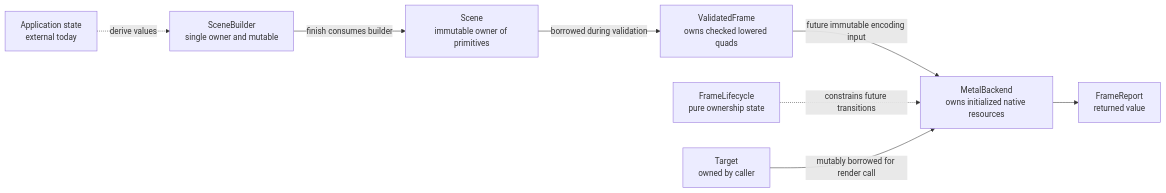
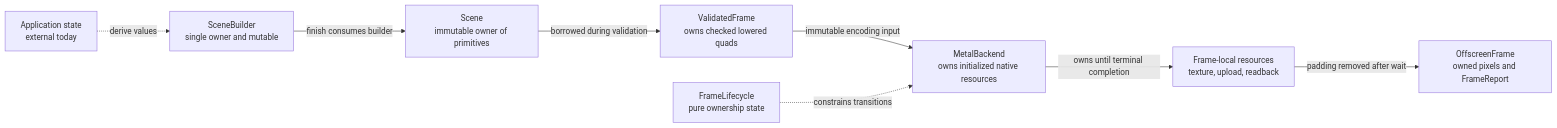
The second of 7 diagrams in ARCHITECTURE.md (dbuddha/alpine-gpui), drawn with Mermaid before and after one commit. The commit also changed other lines of this file and 12 other files, not shown here.

````diff
--- a/ARCHITECTURE.md
+++ b/ARCHITECTURE.md
@@ -78,19 +87,19 @@
 ```mermaid
 flowchart LR
     state["Application state<br/>external today"]
     builder["SceneBuilder<br/>single owner and mutable"]
     snapshot["Scene<br/>immutable owner of primitives"]
     plan["ValidatedFrame<br/>owns checked lowered quads"]
     lifecycle["FrameLifecycle<br/>pure ownership state"]
     renderer["MetalBackend<br/>owns initialized native resources"]
-    target["Target<br/>owned by caller"]
-    report["FrameReport<br/>returned value"]
+    resources["Frame-local resources<br/>texture, upload, readback"]
+    result["OffscreenFrame<br/>owned pixels and FrameReport"]
 
     state -. "derive values" .-> builder
     builder -->|"finish consumes builder"| snapshot
     snapshot -->|"borrowed during validation"| plan
-    plan -->|"future immutable encoding input"| renderer
-    lifecycle -. "constrains future transitions" .-> renderer
-    target -->|"mutably borrowed for render call"| renderer
-    renderer --> report
+    plan -->|"immutable encoding input"| renderer
+    lifecycle -. "constrains transitions" .-> renderer
+    renderer -->|"owns until terminal completion"| resources
+    resources -->|"padding removed after wait"| result
 ```
````
